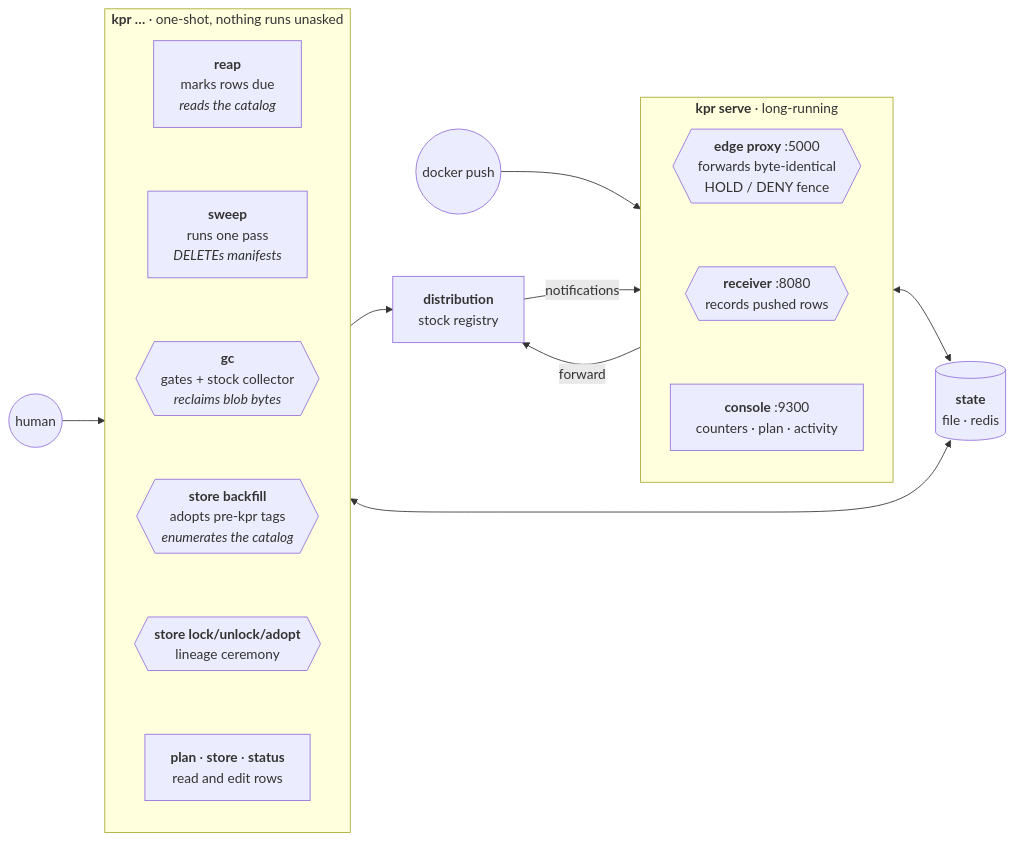
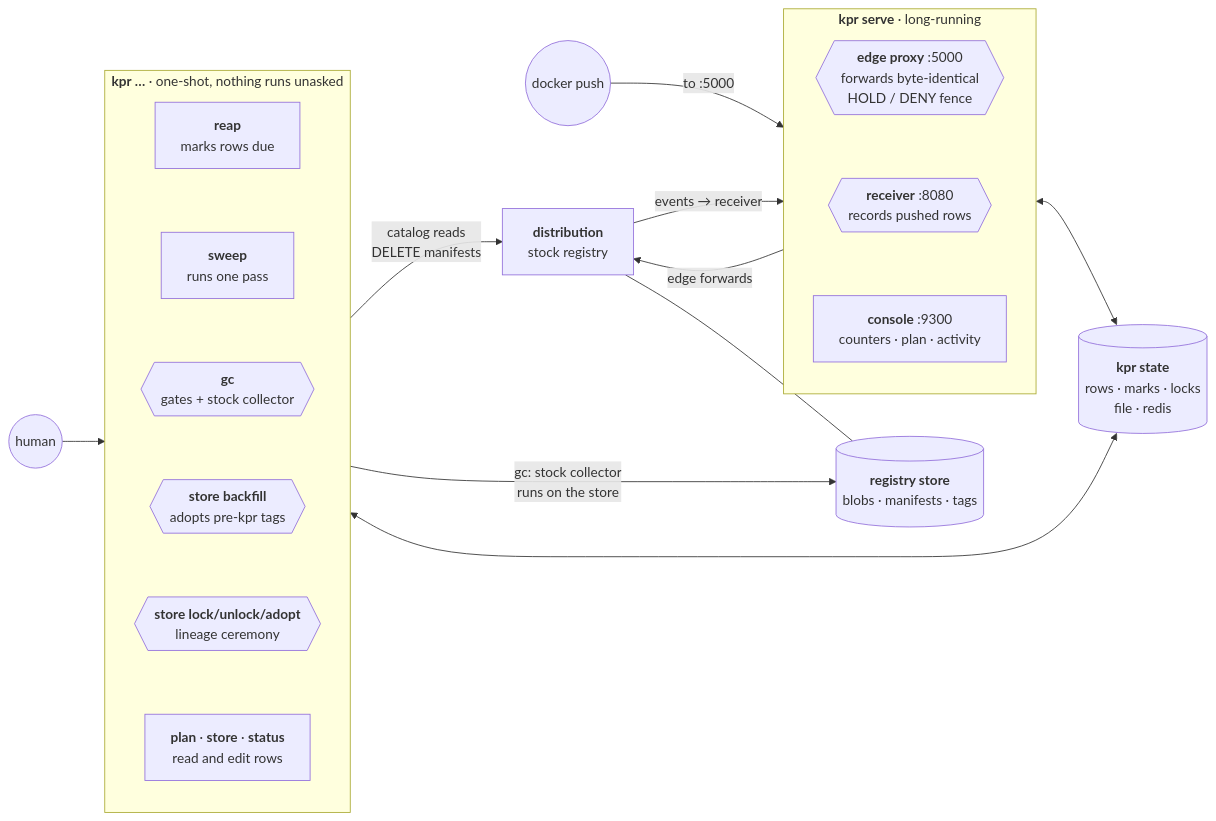
One commit to noroutine/kpr changed the first of 2 diagrams in docs/ARCHITECTURE.md. Above: the diagram before and after it, drawn with Mermaid. The commit also changed other lines of this file, not shown here.

Commit message:
Components: registry store, the push path, and gc's real target
Four corrections. The registry now has its own cylinder — it owns
the bytes, and kpr reaches them. The push path reads end to end:
docker push to :5000, the edge forwards, the registry emits events
back to the receiver. And gc points at the registry's store, not
at the registry: the stock collector runs against that filesystem
and never asks a live registry to delete anything, which the old
"reclaims blob bytes" arrow implied.

Arrows stay at subgraph level with labels naming the member.
Tried per-node edges for the push and event paths; even two of
them flattened both blocks, since any edge touching a node inside
a subgraph outranks the invisible chains holding it in a column.

````diff
--- a/docs/ARCHITECTURE.md
+++ b/docs/ARCHITECTURE.md
@@ -28,31 +28,34 @@
 ```mermaid
 flowchart LR
-  dev((docker push)) --> serve
+  dev((docker push)) -- "to :5000" --> serve
   human((human)) --> cli
 
   subgraph serve["<b>kpr serve</b> · long-running"]
     direction TB
     edge{{"<b>edge proxy</b> :5000<br/>forwards byte-identical<br/>HOLD / DENY fence"}} ~~~
     recv{{"<b>receiver</b> :8080<br/>records pushed rows"}} ~~~
     console["<b>console</b> :9300<br/>counters · plan · activity"]
   end
 
   subgraph cli["<b>kpr …</b> · one-shot, nothing runs unasked"]
     direction TB
-    reap["<b>reap</b><br/>marks rows due<br/><i>reads the catalog</i>"] ~~~
-    sweepcmd["<b>sweep</b><br/>runs one pass<br/><i>DELETEs manifests</i>"] ~~~
-    gcc{{"<b>gc</b><br/>gates + stock collector<br/><i>reclaims blob bytes</i>"}} ~~~
-    backfill{{"<b>store backfill</b><br/>adopts pre-kpr tags<br/><i>enumerates the catalog</i>"}} ~~~
+    reap["<b>reap</b><br/>marks rows due"] ~~~
+    sweepcmd["<b>sweep</b><br/>runs one pass"] ~~~
+    gcc{{"<b>gc</b><br/>gates + stock collector"}} ~~~
+    backfill{{"<b>store backfill</b><br/>adopts pre-kpr tags"}} ~~~
     ceremony{{"<b>store lock/unlock/adopt</b><br/>lineage ceremony"}} ~~~
     rest["<b>plan</b> · <b>store</b> · <b>status</b><br/>read and edit rows"]
   end
 
-  state[("<b>state</b><br/>file · redis")]
+  state[("<b>kpr state</b><br/>rows · marks · locks<br/>file · redis")]
   dist["<b>distribution</b><br/>stock registry"]
+  blobs[("<b>registry store</b><br/>blobs · manifests · tags")]
 
-  serve -- "forward" --> dist
-  dist -- "notifications" --> serve
+  serve -- "edge forwards" --> dist
+  dist -- "events → receiver" --> serve
+  dist --- blobs
   serve <--> state
   cli <--> state
-  cli --> dist
+  cli -- "catalog reads<br/>DELETE manifests" --> dist
+  cli -- "gc: stock collector<br/>runs on the store" --> blobs
 ```
````
